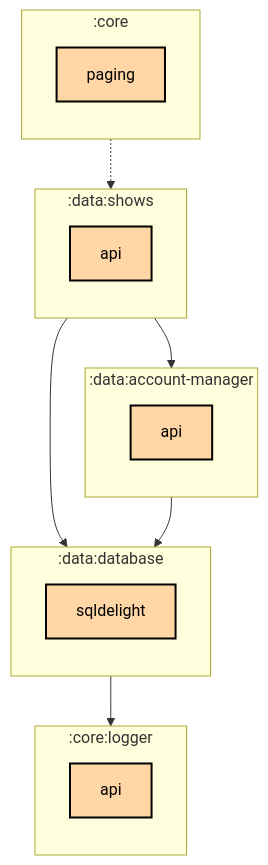
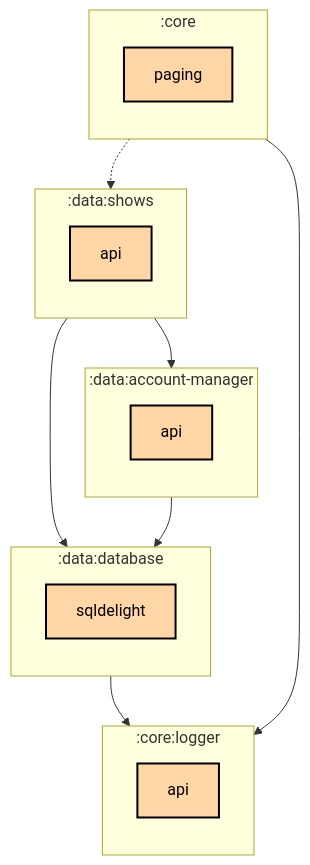
One commit to thomaskioko/tv-maniac changed the first of 2 diagrams in core/paging/README.md. Above: the diagram before and after it, drawn with Mermaid. The commit also changed 184 other files, not shown here.

````diff
--- a/core/paging/README.md
+++ b/core/paging/README.md
@@ -6,35 +6,36 @@
 ```mermaid
 graph TB
   subgraph :core
     direction TB
     :core:paging[paging]:::multiplatform
   end
   subgraph :core:logger
     direction TB
     :core:logger:api[api]:::multiplatform
   end
   subgraph :data:account-manager
     direction TB
     :data:account-manager:api[api]:::multiplatform
   end
   subgraph :data:database
     direction TB
     :data:database:sqldelight[sqldelight]:::multiplatform
   end
   subgraph :data:shows
     direction TB
     :data:shows:api[api]:::multiplatform
   end
 
+  :core:paging --> :core:logger:api
   :core:paging -.-> :data:shows:api
   :data:account-manager:api --> :data:database:sqldelight
   :data:database:sqldelight --> :core:logger:api
   :data:shows:api --> :data:account-manager:api
   :data:shows:api --> :data:database:sqldelight
 
 classDef application fill:#CAFFBF,stroke:#000,stroke-width:2px,color:#000;
 classDef multiplatform fill:#FFD6A5,stroke:#000,stroke-width:2px,color:#000;
 classDef android-library fill:#9BF6FF,stroke:#000,stroke-width:2px,color:#000;
 classDef jvm-library fill:#BDB2FF,stroke:#000,stroke-width:2px,color:#000;
 classDef unknown fill:#FFADAD,stroke:#000,stroke-width:2px,color:#000;
 ```
````
